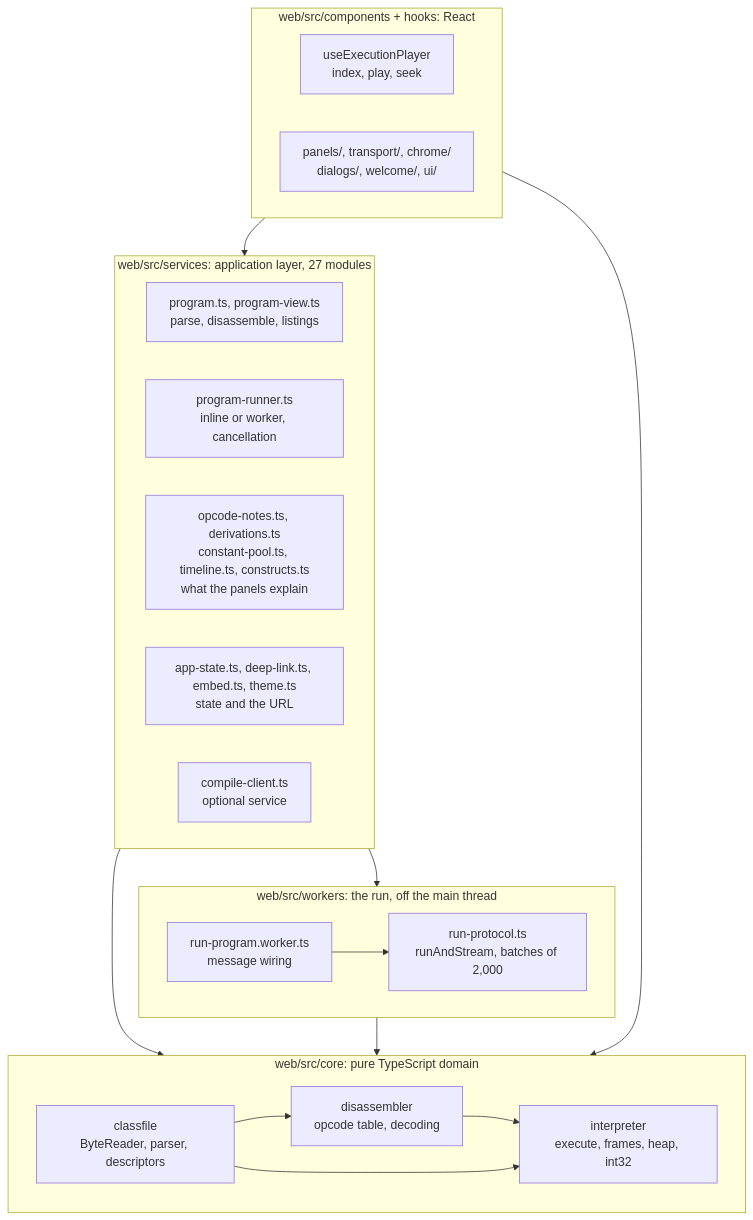
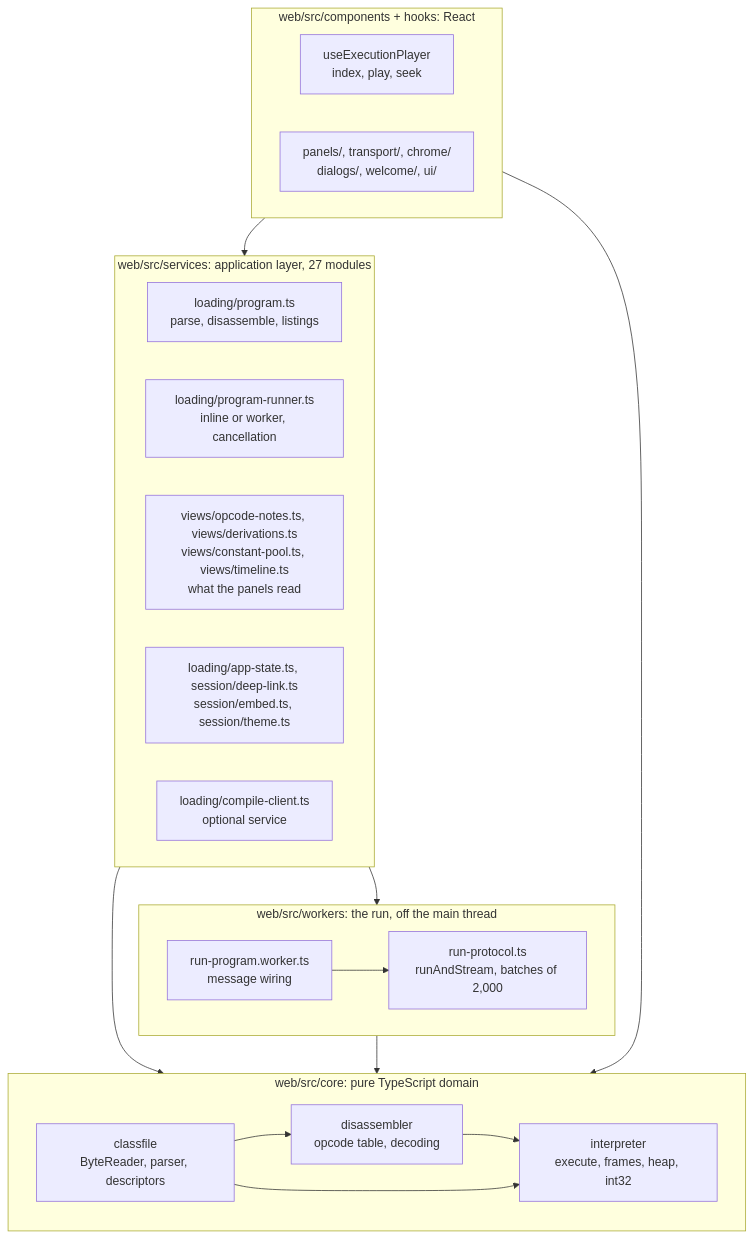
Before and after one commit to mblaszczykowski/JVM-Bytecode-Visualizer: the first of 3 diagrams in docs/architecture.md, drawn with Mermaid. The commit also changed other lines of this file and 148 other files, not shown here.

````diff
--- a/docs/architecture.md
+++ b/docs/architecture.md
@@ -12,32 +12,32 @@
 ```mermaid
 flowchart TD
   subgraph core["web/src/core: pure TypeScript domain"]
     classfile["classfile<br/>ByteReader, parser, descriptors"]
     disassembler["disassembler<br/>opcode table, decoding"]
     interpreter["interpreter<br/>execute, frames, heap, int32"]
     classfile --> disassembler
     disassembler --> interpreter
     classfile --> interpreter
   end
   subgraph worker["web/src/workers: the run, off the main thread"]
     protocol["run-protocol.ts<br/>runAndStream, batches of 2,000"]
     shim["run-program.worker.ts<br/>message wiring"]
     shim --> protocol
   end
   subgraph app["web/src/services: application layer, 27 modules"]
-    program["program.ts, program-view.ts<br/>parse, disassemble, listings"]
-    runner["program-runner.ts<br/>inline or worker, cancellation"]
-    derive["opcode-notes.ts, derivations.ts<br/>constant-pool.ts, timeline.ts, constructs.ts<br/>what the panels explain"]
-    state["app-state.ts, deep-link.ts, embed.ts, theme.ts<br/>state and the URL"]
-    compileClient["compile-client.ts<br/>optional service"]
+    program["loading/program.ts<br/>parse, disassemble, listings"]
+    runner["loading/program-runner.ts<br/>inline or worker, cancellation"]
+    derive["views/opcode-notes.ts, views/derivations.ts<br/>views/constant-pool.ts, views/timeline.ts<br/>what the panels read"]
+    state["loading/app-state.ts, session/deep-link.ts<br/>session/embed.ts, session/theme.ts"]
+    compileClient["loading/compile-client.ts<br/>optional service"]
   end
   subgraph ui["web/src/components + hooks: React"]
     player["useExecutionPlayer<br/>index, play, seek"]
     panels["panels/, transport/, chrome/<br/>dialogs/, welcome/, ui/"]
   end
   app --> core
   app --> worker
   worker --> core
   ui --> app
   ui --> core
 ```
````
